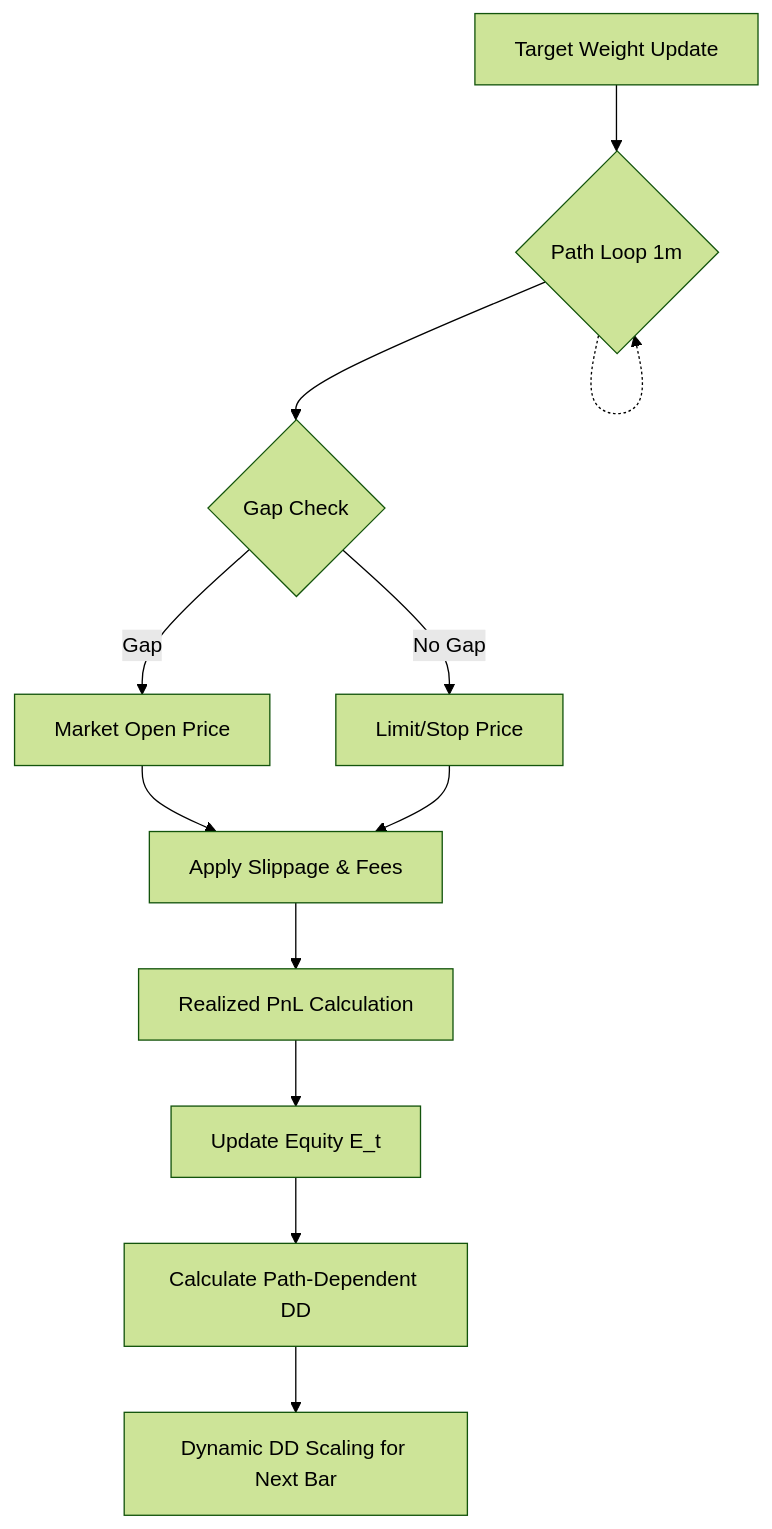
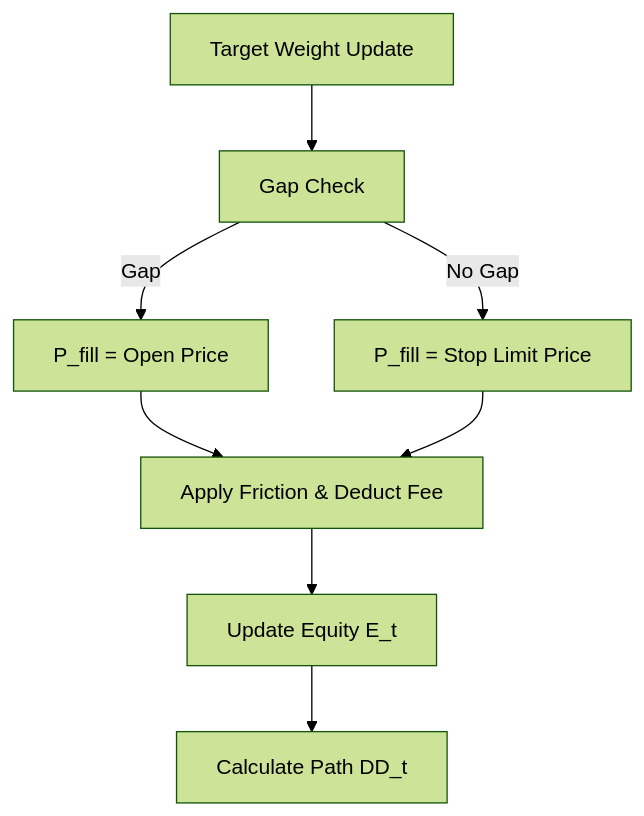
The diagram in docs/architecture/backtest-logic.md (KTHYEONG/crypto-pilot), drawn with Mermaid (forest theme) before and after one commit. The commit also changed other lines of this file and 11 other files, not shown here.

````diff
--- a/docs/architecture/backtest-logic.md
+++ b/docs/architecture/backtest-logic.md
@@ -46,14 +62,10 @@
 ```mermaid
 graph TD
-    A[Target Weight Update] --> B{Path Loop 1m}
-    B --> C{Gap Check}
-    C -->|Gap| D[Market Open Price]
-    C -->|No Gap| E[Limit/Stop Price]
-    D --> F[Apply Slippage & Fees]
-    E --> F
-    F --> G[Realized PnL Calculation]
-    G --> H[Update Equity E_t]
-    H --> I[Calculate Path-Dependent DD]
-    I --> J[Dynamic DD Scaling for Next Bar]
-    B -.-> B
+    A[Target Weight Update] --> B[Gap Check]
+    B -->|Gap| C[P_fill = Open Price]
+    B -->|No Gap| D[P_fill = Stop Limit Price]
+    C --> E[Apply Friction & Deduct Fee]
+    D --> E
+    E --> F[Update Equity E_t]
+    F --> G[Calculate Path DD_t]
 ```
````
